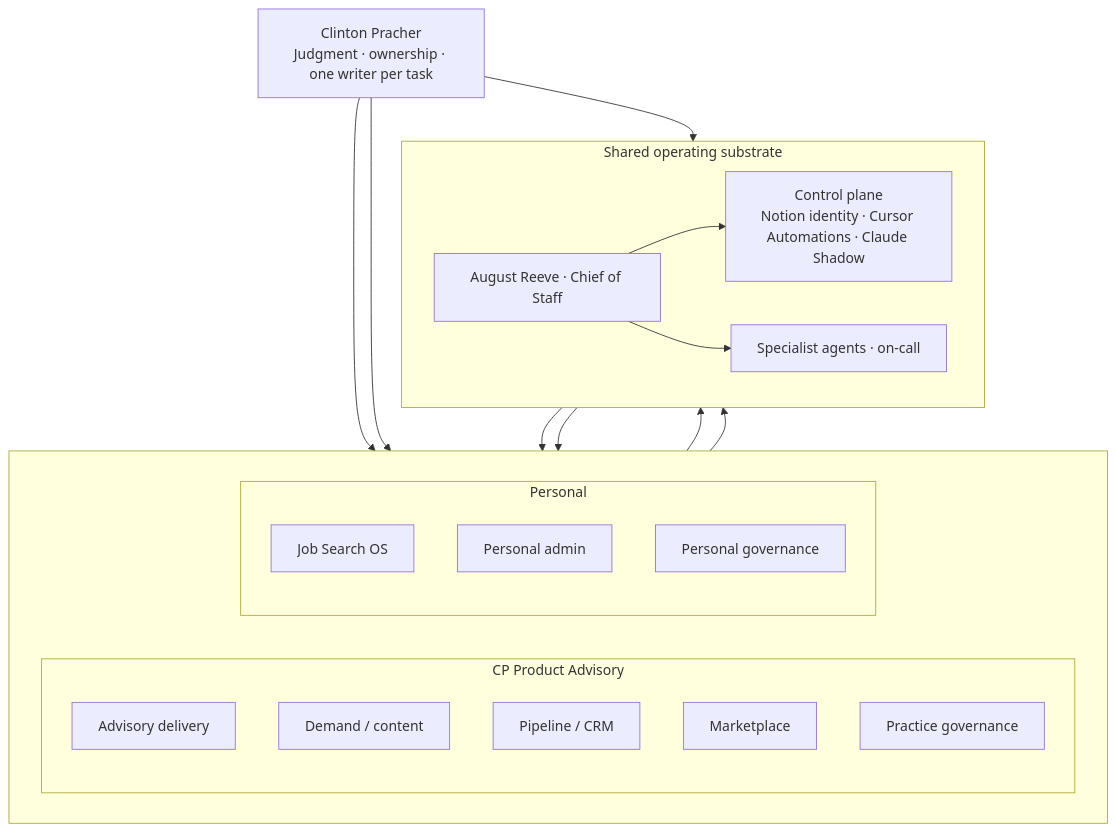
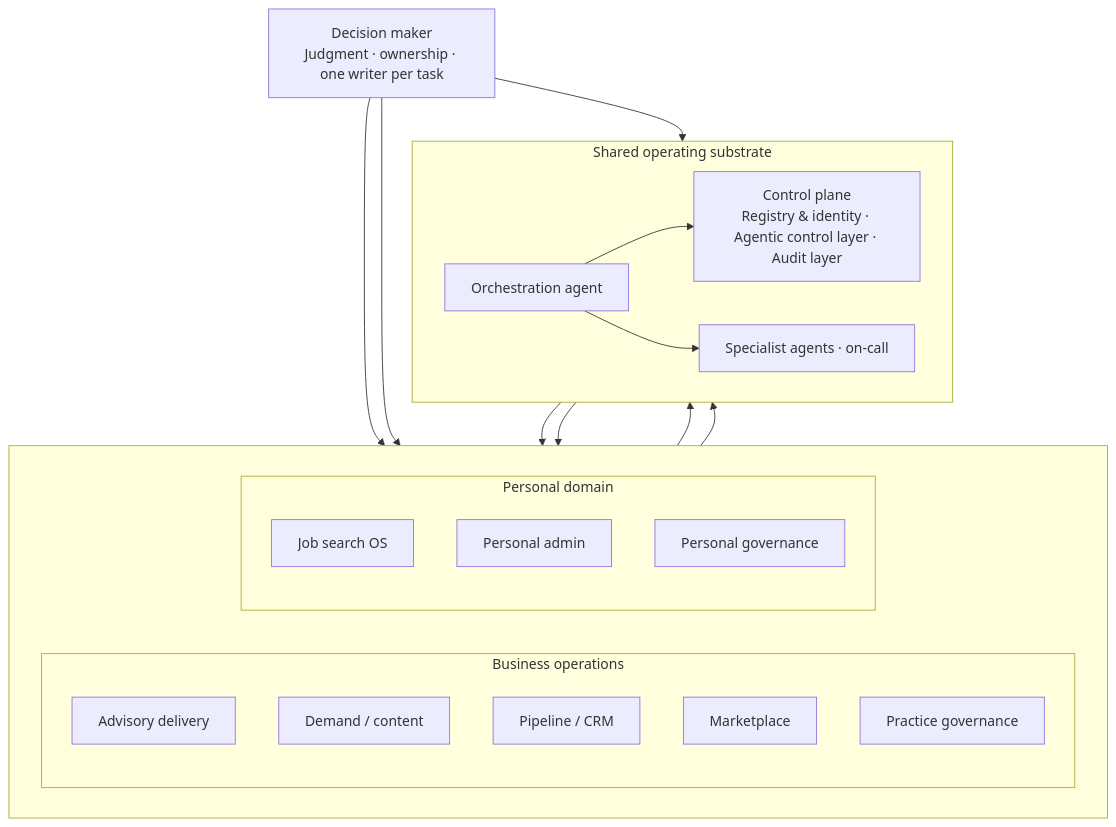
The diagram in assets/architecture-one-glance.mmd (clintonpracher/operator-portfolio), drawn with Mermaid before and after one commit. The commit also changed 25 other files, not shown here.

Commit message:
Sync portfolio from CP Product Advisory

```diff
--- a/assets/architecture-one-glance.mmd
+++ b/assets/architecture-one-glance.mmd
@@ -1,37 +1,37 @@
 flowchart TB
-  CLINT["Clinton Pracher<br/>Judgment · ownership · one writer per task"]
+  DM["Decision maker<br/>Judgment · ownership · one writer per task"]
 
   subgraph PILLARS[" "]
     direction LR
 
-    subgraph BIZ["CP Product Advisory"]
+    subgraph BIZ["Business operations"]
       B1["Advisory delivery"]
       B2["Demand / content"]
       B3["Pipeline / CRM"]
       B4["Marketplace"]
       B5["Practice governance"]
     end
 
-    subgraph PER["Personal"]
-      P1["Job Search OS"]
+    subgraph PER["Personal domain"]
+      P1["Job search OS"]
       P2["Personal admin"]
       P3["Personal governance"]
     end
   end
 
   subgraph SHARED["Shared operating substrate"]
     direction LR
-    AUGUST["August Reeve · Chief of Staff"]
-    PLANE["Control plane<br/>Notion identity · Cursor Automations · Claude Shadow"]
+    ORCH["Orchestration agent"]
+    PLANE["Control plane<br/>Registry & identity · Agentic control layer · Audit layer"]
     SPEC["Specialist agents · on-call"]
   end
 
-  CLINT --> BIZ
-  CLINT --> PER
-  CLINT --> AUGUST
-  AUGUST --> PLANE
-  AUGUST --> SPEC
+  DM --> BIZ
+  DM --> PER
+  DM --> ORCH
+  ORCH --> PLANE
+  ORCH --> SPEC
   BIZ --> PLANE
   PER --> PLANE
   SPEC --> BIZ
   SPEC --> PER
```
